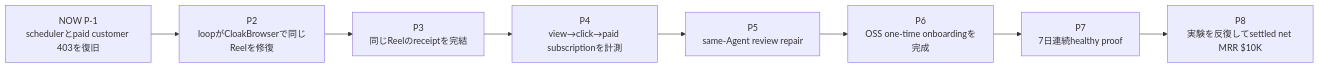
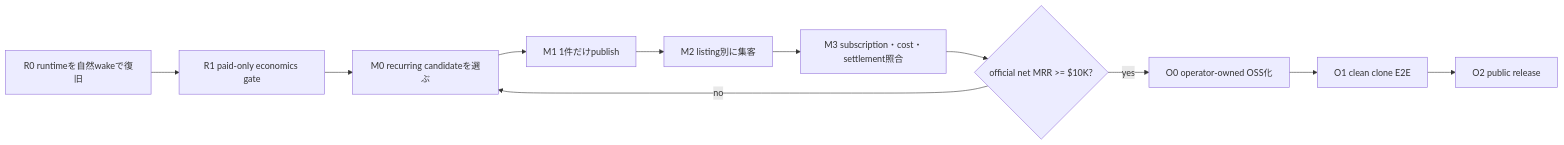
One commit to Daisuke134/anicca changed the first of 4 diagrams in specs/29-CAPAFY-10K-MRR-CLOSED-LOOP.md. Above: the diagram before and after it, drawn with Mermaid. The commit also changed other lines of this file, not shown here.

Commit message:
docs(capafy): specify paid 10k loop before OSS

````diff
--- a/specs/29-CAPAFY-10K-MRR-CLOSED-LOOP.md
+++ b/specs/29-CAPAFY-10K-MRR-CLOSED-LOOP.md
@@ -13,10 +13,13 @@
 ```mermaid
 flowchart LR
-  NOW["NOW P-1<br/>schedulerとpaid customer 403を復旧"] --> NEXT2["P2<br/>loopがCloakBrowserで同じReelを修復"]
-  NEXT2 --> NEXT3["P3<br/>同じReelのreceiptを完結"]
-  NEXT3 --> LEARN["P4<br/>view→click→paid subscriptionを計測"]
-  LEARN --> SUPPLY["P5<br/>same-Agent review repair"]
-  SUPPLY --> OSS["P6<br/>OSS one-time onboardingを完成"]
-  OSS --> PROOF["P7<br/>7日連続healthy proof"]
-  PROOF --> MRR["P8<br/>実験を反復してsettled net MRR $10K"]
+  R0["R0 runtimeを自然wakeで復旧"] --> R1["R1 paid-only economics gate"]
+  R1 --> M0["M0 recurring candidateを選ぶ"]
+  M0 --> M1["M1 1件だけpublish"]
+  M1 --> M2["M2 listing別に集客"]
+  M2 --> M3["M3 subscription・cost・settlement照合"]
+  M3 --> M4{"official net MRR >= $10K?"}
+  M4 -- no --> M0
+  M4 -- yes --> O0["O0 operator-owned OSS化"]
+  O0 --> O1["O1 clean clone E2E"]
+  O1 --> O2["O2 public release"]
 ```
````
